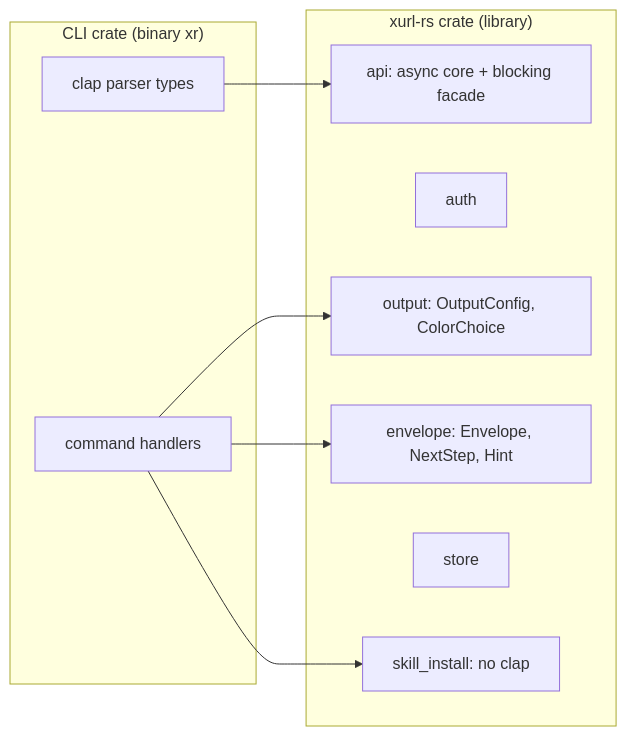
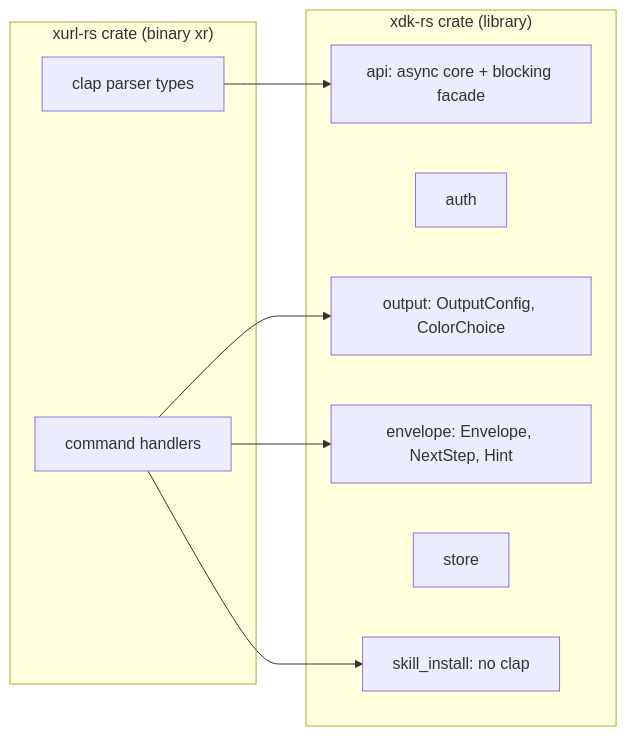
Before and after one commit to brettdavies/xurl-rs: the second of 3 diagrams in docs/plans/2026-09-15-2343-refactor-adoption-grade-crate-plan.md, drawn with Mermaid. The commit also changed other lines of this file, not shown here.

````diff
--- a/docs/plans/2026-09-15-2343-refactor-adoption-grade-crate-plan.md
+++ b/docs/plans/2026-09-15-2343-refactor-adoption-grade-crate-plan.md
@@ -189,19 +202,19 @@
 ```mermaid
 graph LR
-    subgraph libc["xurl-rs crate (library)"]
+    subgraph libc["xdk-rs crate (library)"]
         api2[api: async core + blocking facade]
         auth2[auth]
         output2[output: OutputConfig, ColorChoice]
         envelope2[envelope: Envelope, NextStep, Hint]
         store2[store]
         skill2[skill_install: no clap]
     end
-    subgraph binc["CLI crate (binary xr)"]
+    subgraph binc["xurl-rs crate (binary xr)"]
         parser2[clap parser types]
         cmds[command handlers]
     end
     parser2 --> api2
     cmds --> output2
     cmds --> envelope2
     cmds --> skill2
 ```
````
